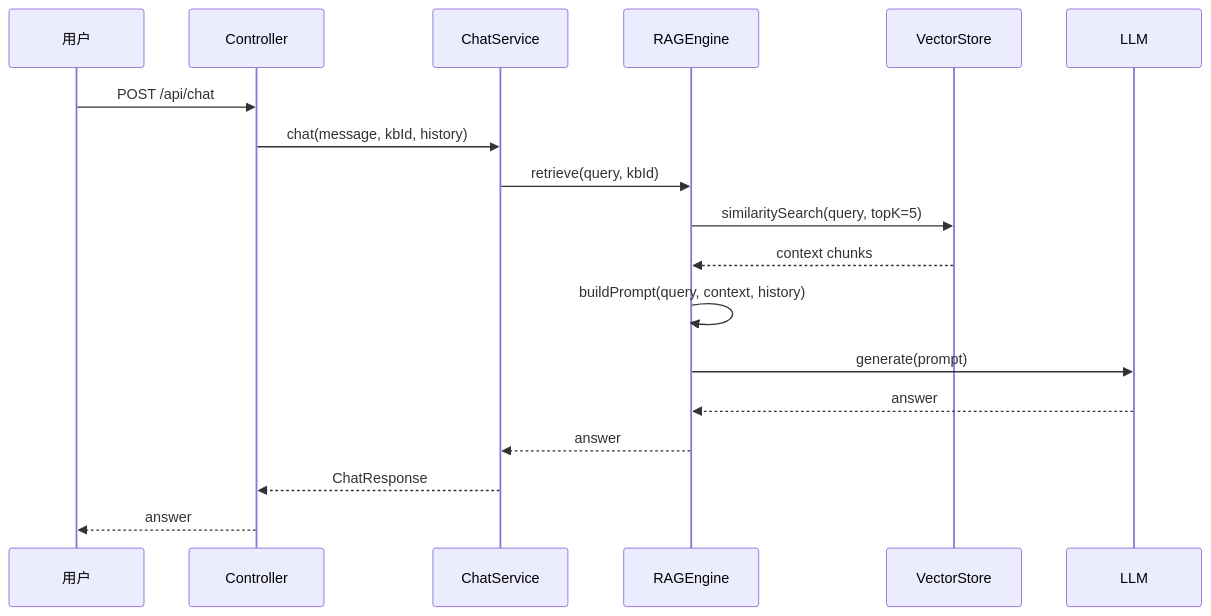
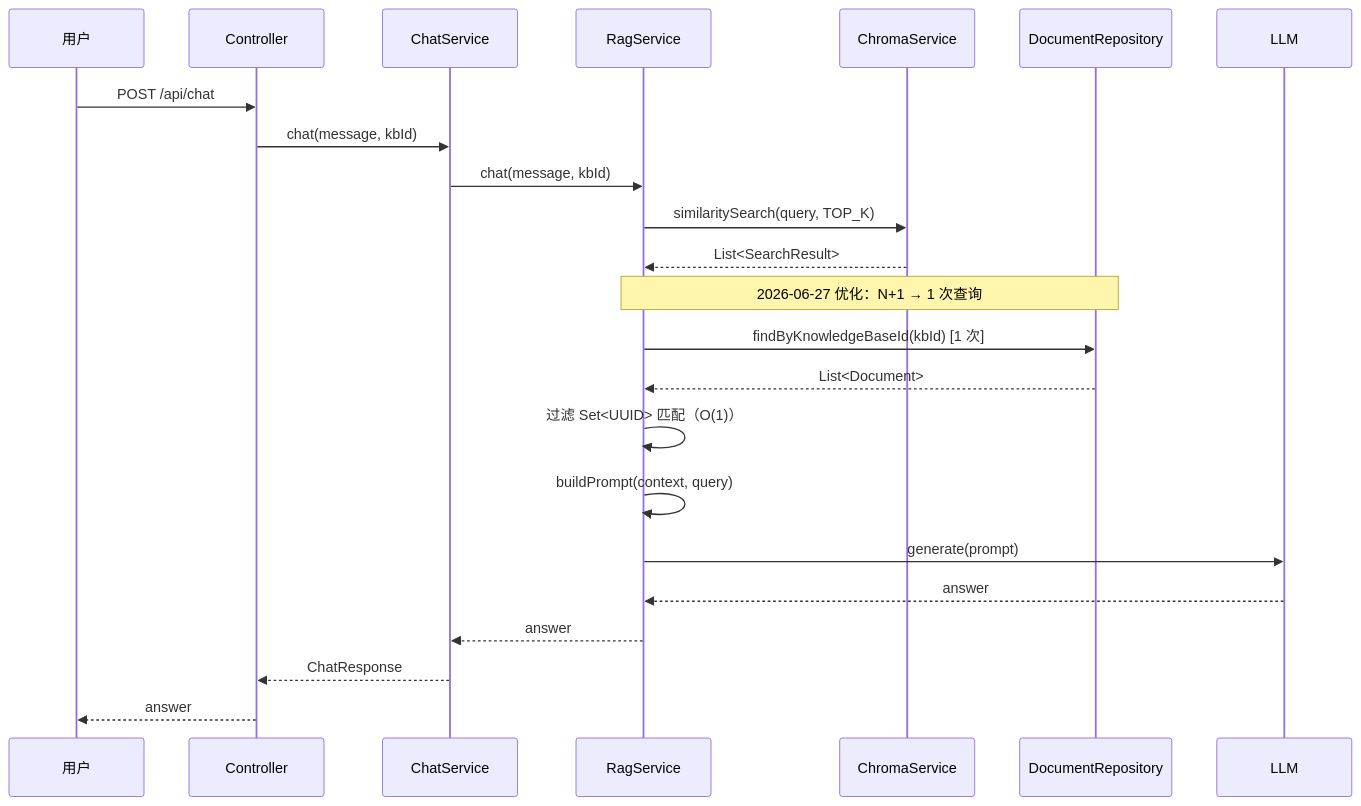
Before and after one commit to Ruadgedy/RAG-demo: the ninth of 13 diagrams in docs/plans/2026-03-15-rag-qa-design.md, drawn with Mermaid. The commit also changed other lines of this file and 9 other files, not shown here.

````diff
--- a/docs/plans/2026-03-15-rag-qa-design.md
+++ b/docs/plans/2026-03-15-rag-qa-design.md
@@ -286,21 +433,28 @@
 ```mermaid
 sequenceDiagram
     participant U as 用户
     participant C as Controller
     participant S as ChatService
-    participant R as RAGEngine
-    participant V as VectorStore
+    participant R as RagService
+    participant CS as ChromaService
+    participant DR as DocumentRepository
     participant L as LLM
-    
+
     U->>C: POST /api/chat
-    C->>S: chat(message, kbId, history)
-    S->>R: retrieve(query, kbId)
-    R->>V: similaritySearch(query, topK=5)
-    V-->>R: context chunks
-    R->>R: buildPrompt(query, context, history)
+    C->>S: chat(message, kbId)
+    S->>R: chat(message, kbId)
+    R->>CS: similaritySearch(query, TOP_K)
+    CS-->>R: List<SearchResult>
+
+    Note over R,DR: 2026-06-27 优化：N+1 → 1 次查询
+    R->>DR: findByKnowledgeBaseId(kbId) [1 次]
+    DR-->>R: List<Document>
+    R->>R: 过滤 Set<UUID> 匹配（O(1)）
+
+    R->>R: buildPrompt(context, query)
     R->>L: generate(prompt)
     L-->>R: answer
     R-->>S: answer
     S-->>C: ChatResponse
     C-->>U: answer
 ```
````
